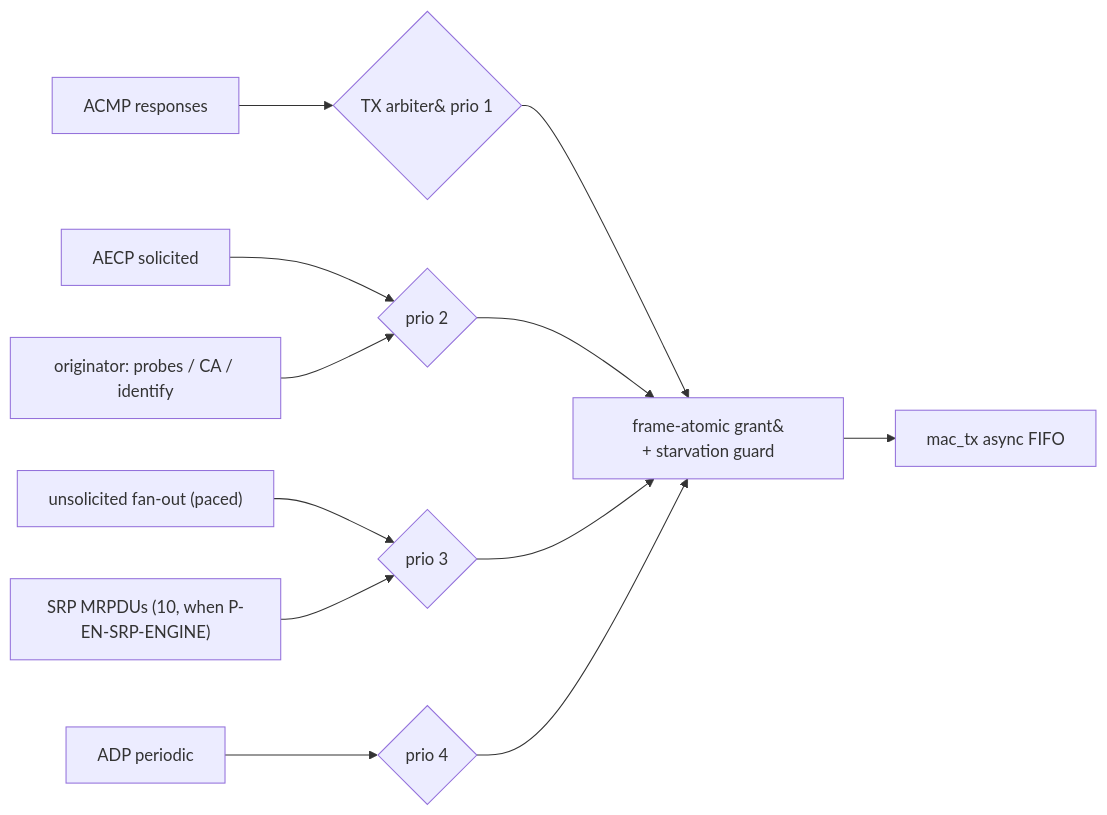
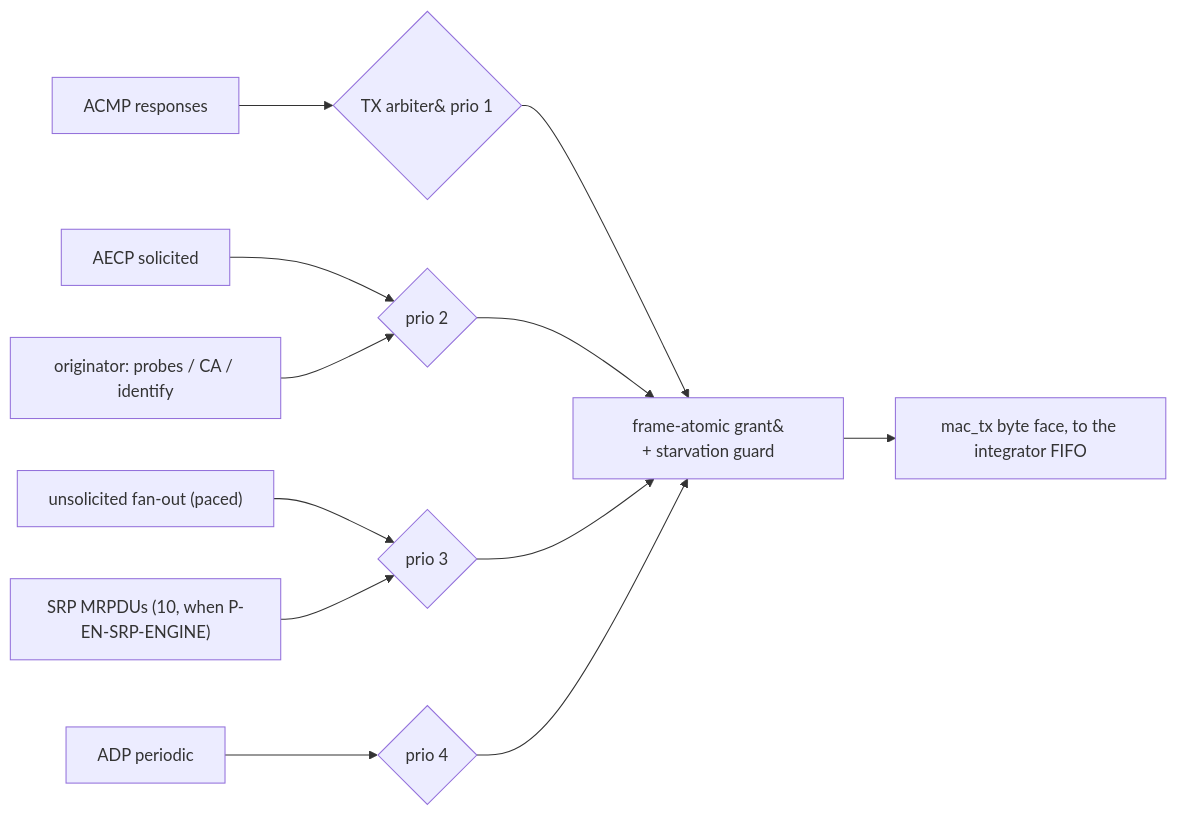
One commit to Mister-M-alt/protocol-processor-control-plane-avb-milan changed the third of 3 diagrams in docs/architecture/03_packet_engine.md. Above: the diagram before and after it, drawn with Mermaid. The commit also changed other lines of this file and 12 other files, not shown here.

Commit message:
Describe the landed byte-wide MAC faces in 02 section 3 with redrawn F02.3 and F02.4, move the class-A word stream to docs/history, and state that the integrator owns the dual-clock FIFOs and its RX FIFO delivers only complete, FCS-good frames (#27, #71)

````diff
--- a/docs/architecture/03_packet_engine.md
+++ b/docs/architecture/03_packet_engine.md
@@ -459,14 +461,14 @@
 ```mermaid
 flowchart LR
   acmup["ACMP responses"] --> arb{"TX arbiter&#10;prio 1"}
   aecpp["AECP solicited"] --> arb2{"prio 2"}
   origp["originator: probes / CA / identify"] --> arb2
   notifp["unsolicited fan-out (paced)"] --> arb3{"prio 3"}
   srpp["SRP MRPDUs (10, when P-EN-SRP-ENGINE)"] --> arb3
   adpp["ADP periodic"] --> arb4{"prio 4"}
   arb --> mux["frame-atomic grant&#10;+ starvation guard"]
   arb2 --> mux
   arb3 --> mux
   arb4 --> mux
-  mux --> fifo["mac_tx async FIFO"]
+  mux --> fifo["mac_tx byte face, to the integrator FIFO"]
 ```
````
